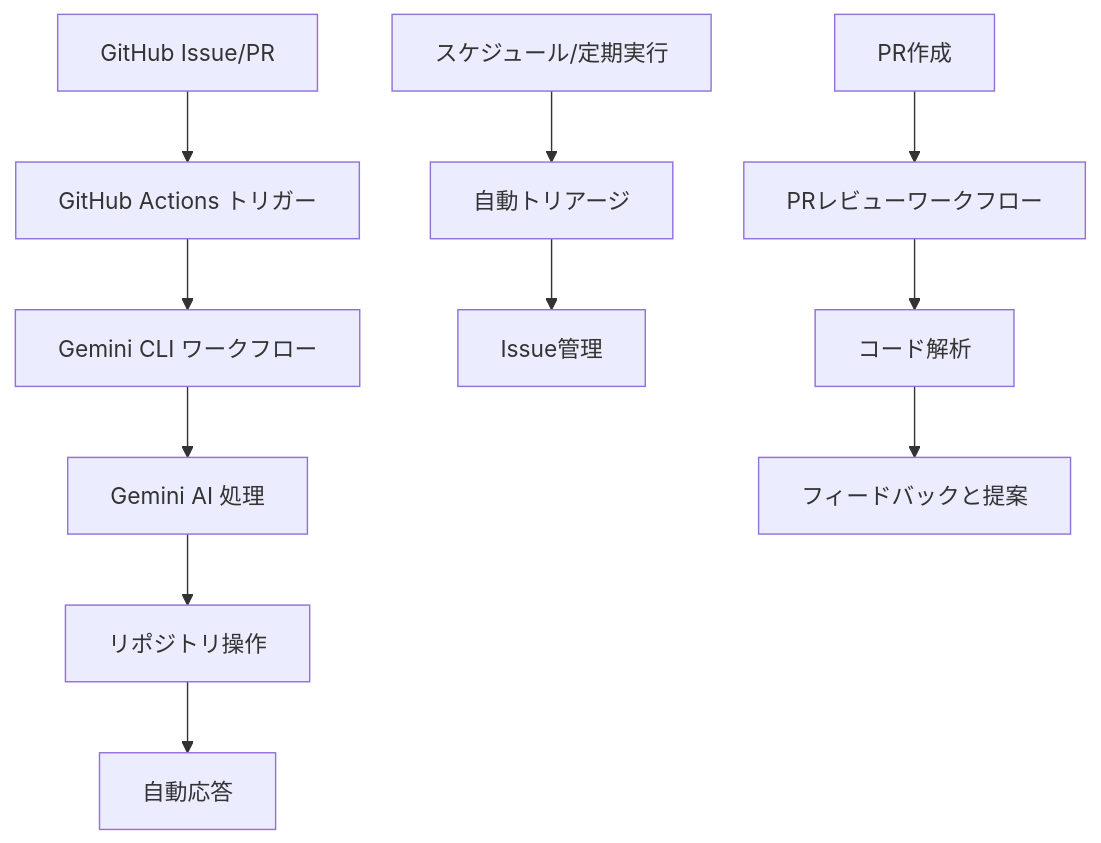
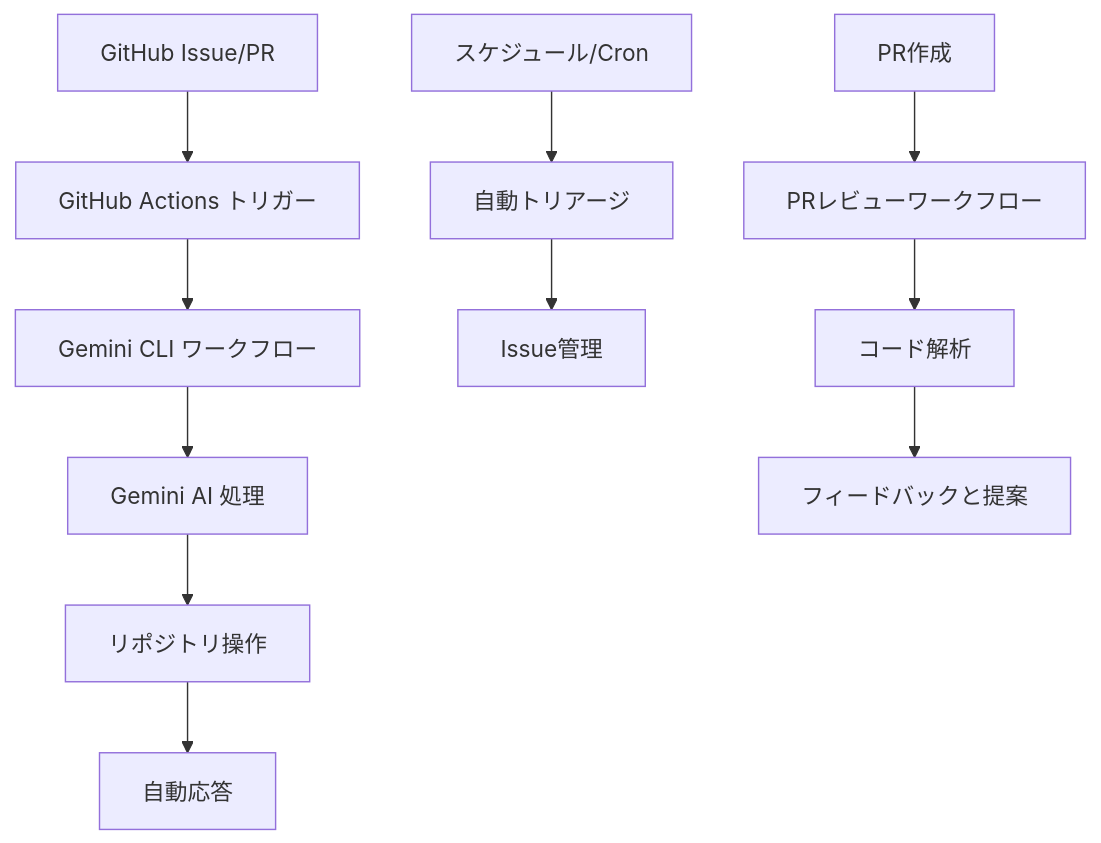
One commit to Sunwood-ai-labsII/gemini-actions-lab changed the diagram in README.ja.md. Above: the diagram before and after it, drawn with Mermaid. The commit also changed other lines of this file and 1 other file, not shown here.

````diff
--- a/README.ja.md
+++ b/README.ja.md
@@ -65,15 +65,15 @@
 ```mermaid
 graph TD
     A[GitHub Issue/PR] --> B[GitHub Actions トリガー]
     B --> C[Gemini CLI ワークフロー]
     C --> D[Gemini AI 処理]
     D --> E[リポジトリ操作]
     E --> F[自動応答]
 
-    G[スケジュール/定期実行] --> H[自動トリアージ]
+    G[スケジュール/Cron] --> H[自動トリアージ]
     H --> I[Issue管理]
 
     J[PR作成] --> K[PRレビューワークフロー]
     K --> L[コード解析]
     L --> M[フィードバックと提案]
 ```
````
